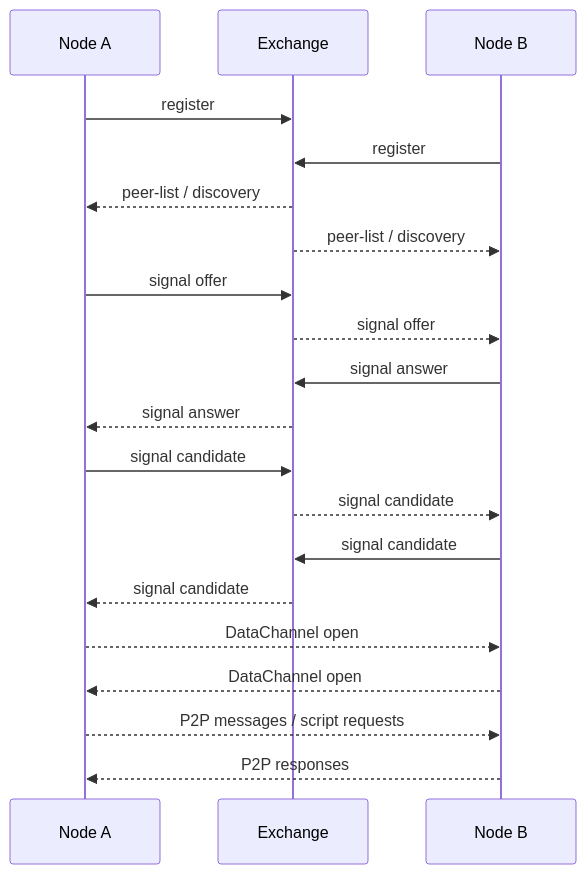
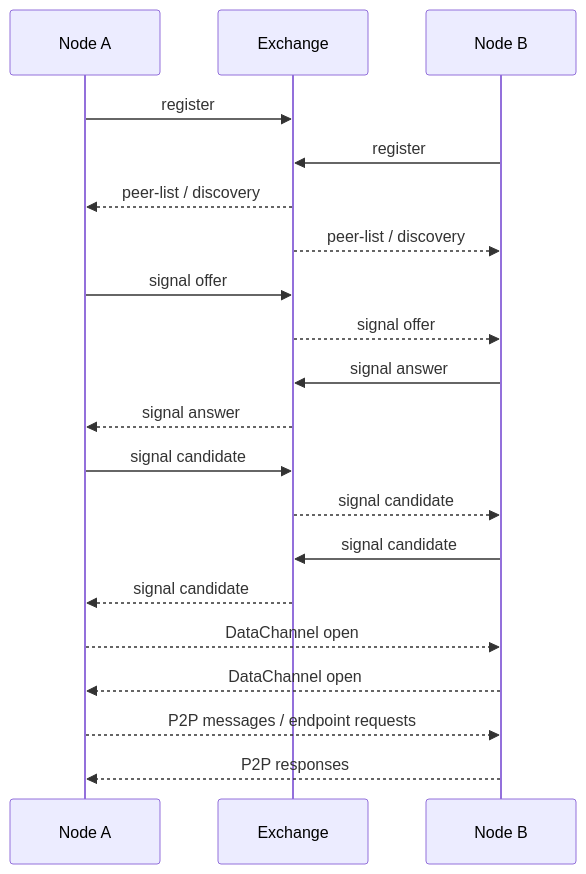
Before and after one commit to Solenoid-IT/Reactor: the diagram in docs/webrtc.md, drawn with Mermaid. The commit also changed other lines of this file and 35 other files, not shown here.

Commit message:
feat: Script renamed as Endpoint

````diff
--- a/docs/webrtc.md
+++ b/docs/webrtc.md
@@ -24,26 +24,26 @@
 ```mermaid
 sequenceDiagram
 	participant A as Node A
 	participant X as Exchange
 	participant B as Node B
 
 	A->>X: register
 	B->>X: register
 	X-->>A: peer-list / discovery
 	X-->>B: peer-list / discovery
 
 	A->>X: signal offer
 	X-->>B: signal offer
 	B->>X: signal answer
 	X-->>A: signal answer
 
 	A->>X: signal candidate
 	X-->>B: signal candidate
 	B->>X: signal candidate
 	X-->>A: signal candidate
 
 	A-->>B: DataChannel open
 	B-->>A: DataChannel open
-	A-->>B: P2P messages / script requests
+	A-->>B: P2P messages / endpoint requests
 	B-->>A: P2P responses
 ```
````
